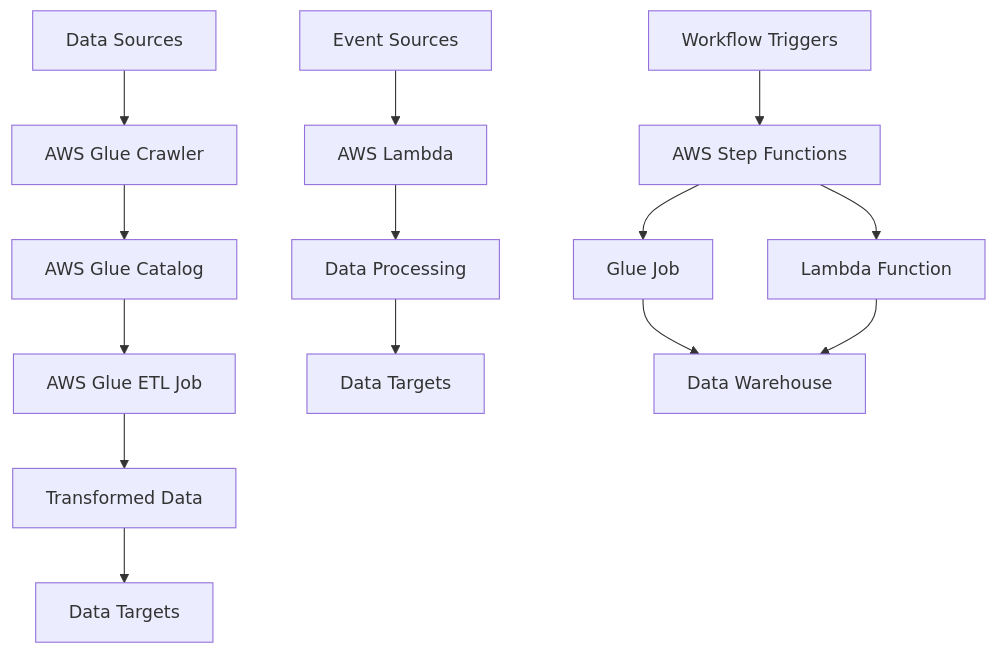
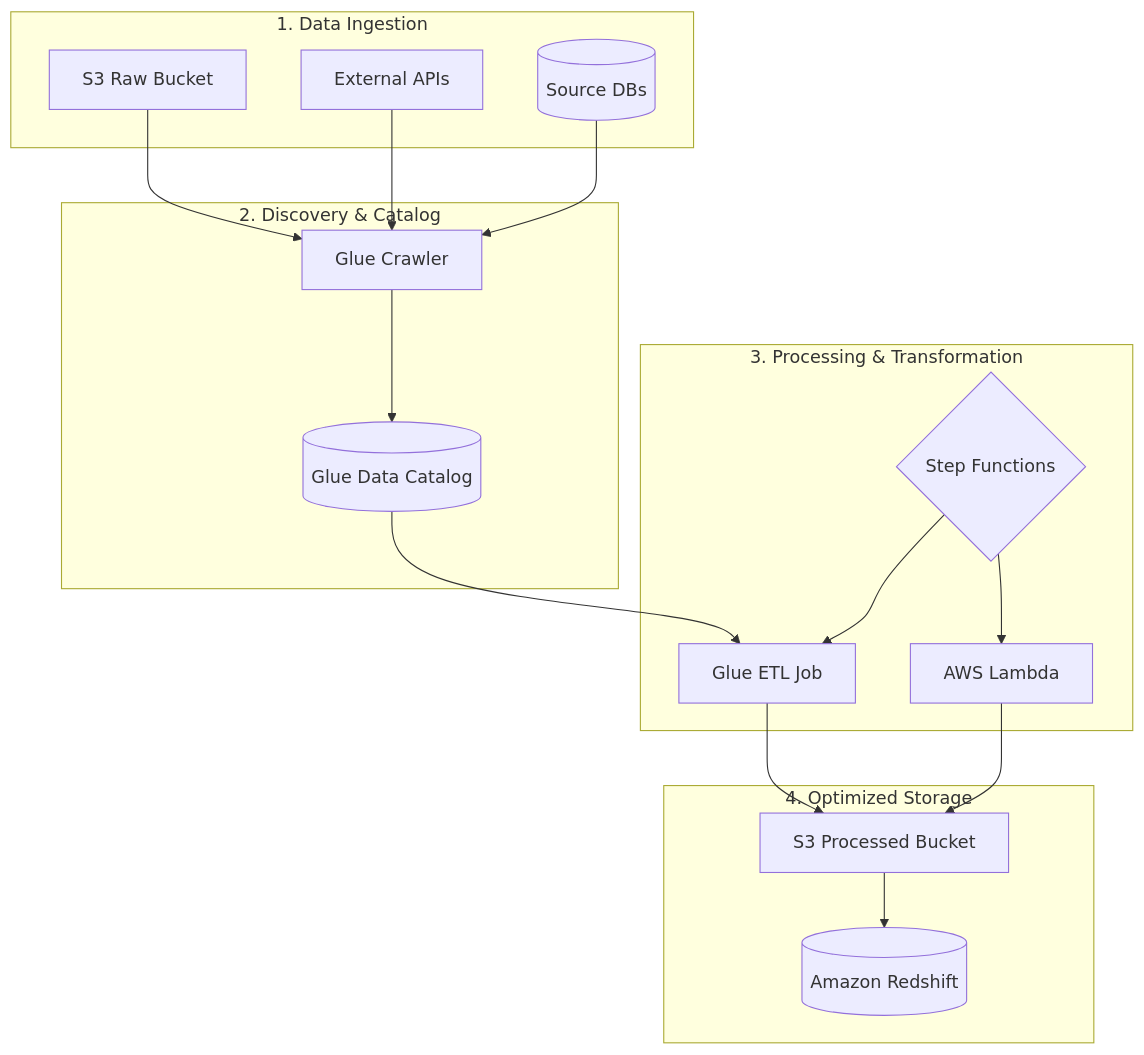
The diagram in src/content/blog/2025-10-29-etl-aws-medium-level.md (digitaldave0/dev-blog), drawn with Mermaid before and after one commit. The commit also changed other lines of this file and 2 other files, not shown here.

Commit message:
Enhance AWS architecture posts with detailed Mermaid diagrams and subgraphs

````diff
--- a/src/content/blog/2025-10-29-etl-aws-medium-level.md
+++ b/src/content/blog/2025-10-29-etl-aws-medium-level.md
@@ -40,18 +40,33 @@
 ```mermaid
-graph TB
-    A[Data Sources] --> B[AWS Glue Crawler]
-    B --> C[AWS Glue Catalog]
-    C --> D[AWS Glue ETL Job]
-    D --> E[Transformed Data]
-    E --> F[Data Targets]
+graph TD
+    subgraph DataIngestion["1. Data Ingestion"]
+        S3_Raw[S3 Raw Bucket]
+        API[External APIs]
+        DB_Source[(Source DBs)]
+    end
 
-    G[Event Sources] --> H[AWS Lambda]
-    H --> I[Data Processing]
-    I --> J[Data Targets]
+    subgraph DataDiscovery["2. Discovery & Catalog"]
+        Crawler[Glue Crawler]
+        Catalog[(Glue Data Catalog)]
+    end
 
-    K[Workflow Triggers] --> L[AWS Step Functions]
-    L --> M[Glue Job]
-    L --> N[Lambda Function]
-    M --> O[Data Warehouse]
-    N --> O
+    subgraph Processing["3. Processing & Transformation"]
+        GlueJob[Glue ETL Job]
+        Lambda[AWS Lambda]
+        StepFn{Step Functions}
+    end
+
+    subgraph Storage["4. Optimized Storage"]
+        S3_Proc[S3 Processed Bucket]
+        Redshift[(Amazon Redshift)]
+    end
+
+    S3_Raw & API & DB_Source --> Crawler
+    Crawler --> Catalog
+    Catalog --> GlueJob
+    StepFn --> GlueJob
+    StepFn --> Lambda
+    GlueJob --> S3_Proc
+    Lambda --> S3_Proc
+    S3_Proc --> Redshift
 ```
````
